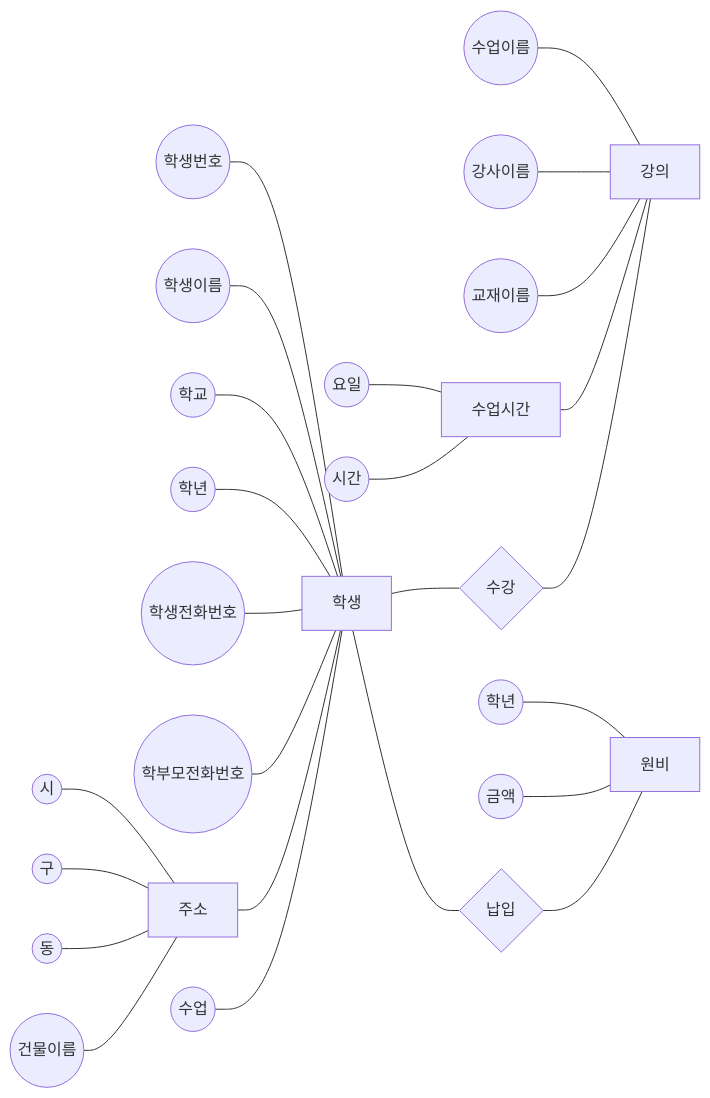
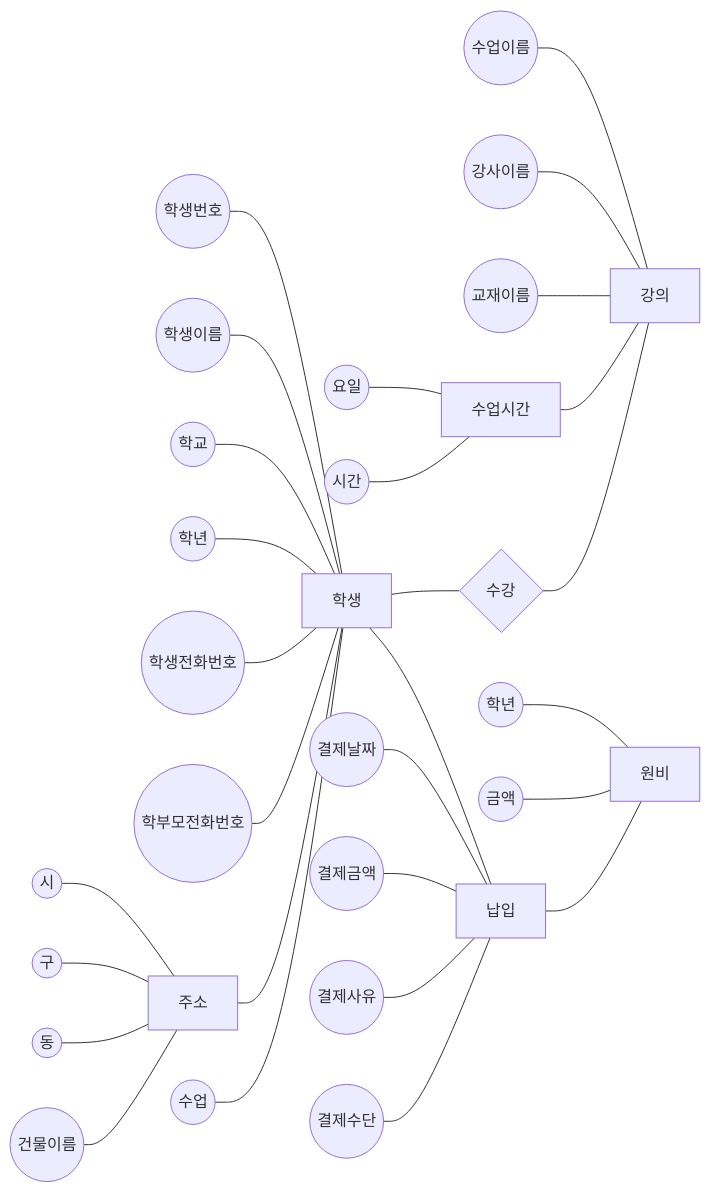
The second of 2 diagrams in README(요구사항명세서추가).md (HYUUUNAKIM/DB_project), drawn with Mermaid before and after one commit.

````diff
--- a/README(요구사항명세서추가).md
+++ b/README(요구사항명세서추가).md
@@ -182,27 +182,31 @@
 ```mermaid
 graph LR
 A((학생번호))---S[학생]
 B((학생이름))---S[학생]
 C((학교))---S[학생]
 D((학년))---S[학생]
 E((학생전화번호))---S[학생]
 F((학부모전화번호))---S[학생]
 G((주소))---S[학생]
 c((시))---G[주소]
 d((구))---G[주소]
 e((동))---G[주소]
 f((건물이름))---G[주소]
 H((수업))---S[학생]
 I((수업이름))---L[강의]
 K((강사이름))---L[강의]
 M((교재이름))---L[강의]
 N((수업시간))---L[강의]
 g((요일))---N[수업시간]
 h((시간))---N[수업시간]
 a((학년))---p[원비]
 b((금액))---p[원비]
 S---J{수강}
 J---L[강의]
 S---P{납입}
 P---p[원비]
+i((결제날짜))---P[납입]
+j((결제금액))---P[납입]
+k((결제사유))---P[납입]
+l((결제수단))---P[납입]
 ```
````
